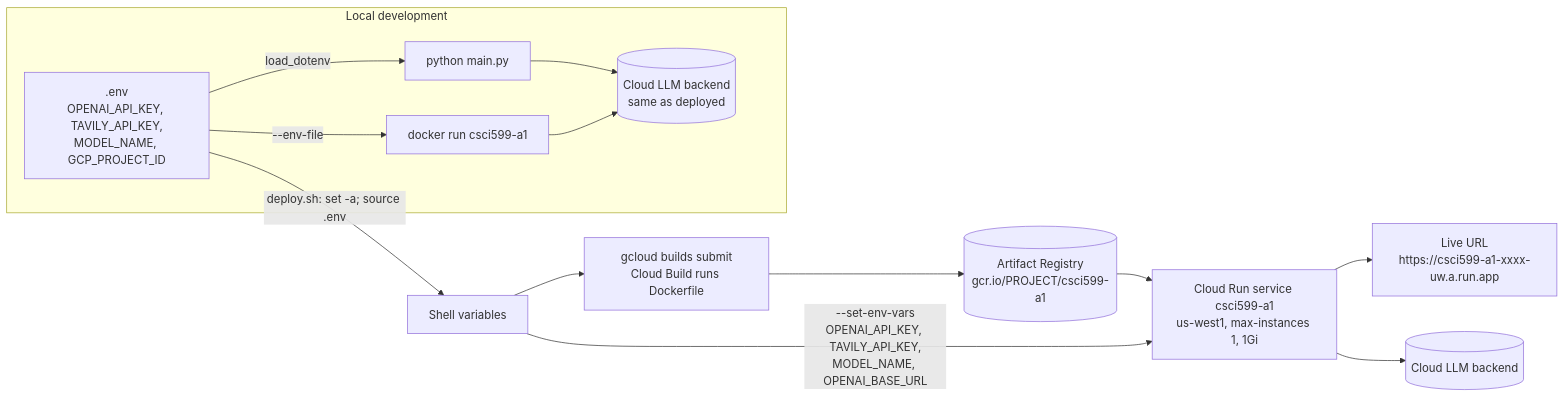
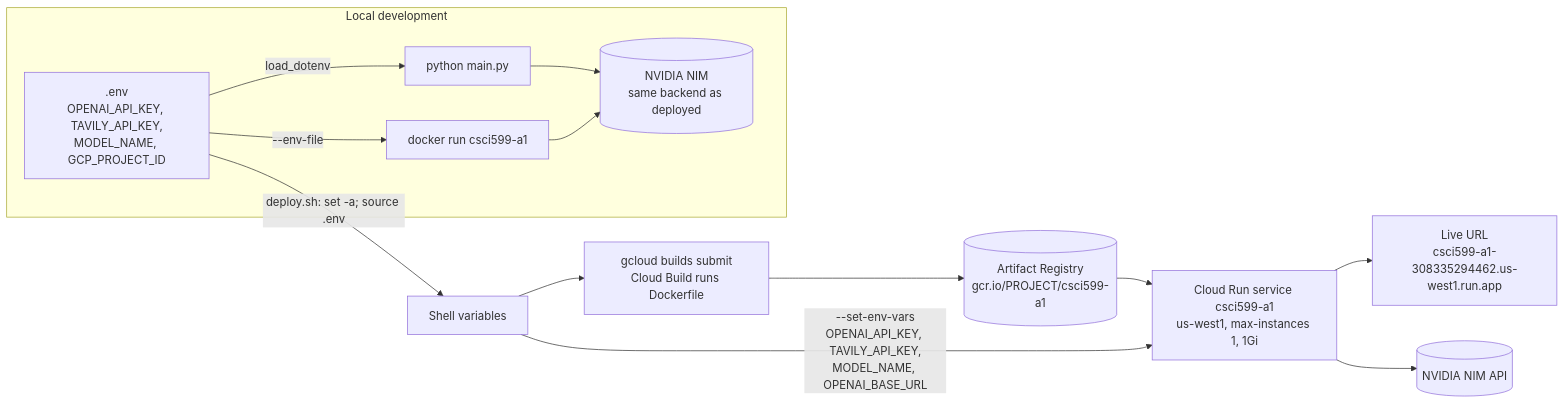
The third of 3 diagrams in README.md (Lapseyy/AgenticAIHW1), drawn with Mermaid before and after one commit. The commit also changed other lines of this file and 3 other files, not shown here.

````diff
--- a/README.md
+++ b/README.md
@@ -351,17 +358,17 @@
 ```mermaid
 flowchart LR
     subgraph LOCAL[Local development]
         ENV[.env<br/>OPENAI_API_KEY, TAVILY_API_KEY,<br/>MODEL_NAME, GCP_PROJECT_ID] -->|load_dotenv| APP[python main.py]
         ENV -->|--env-file| DK[docker run csci599-a1]
-        APP --> LLM1[(Cloud LLM backend<br/>same as deployed)]
+        APP --> LLM1[(NVIDIA NIM<br/>same backend as deployed)]
         DK --> LLM1
     end
 
     ENV -->|deploy.sh: set -a; source .env| SH[Shell variables]
     SH --> CB[gcloud builds submit<br/>Cloud Build runs Dockerfile]
     CB --> AR[(Artifact Registry<br/>gcr.io/PROJECT/csci599-a1)]
     AR --> CR[Cloud Run service csci599-a1<br/>us-west1, max-instances 1, 1Gi]
     SH -->|--set-env-vars<br/>OPENAI_API_KEY, TAVILY_API_KEY,<br/>MODEL_NAME, OPENAI_BASE_URL| CR
-    CR --> URL[Live URL<br/>https://csci599-a1-xxxx-uw.a.run.app]
-    CR --> LLM2[(Cloud LLM backend)]
+    CR --> URL[Live URL<br/>csci599-a1-308335294462.us-west1.run.app]
+    CR --> LLM2[(NVIDIA NIM API)]
 ```
````
